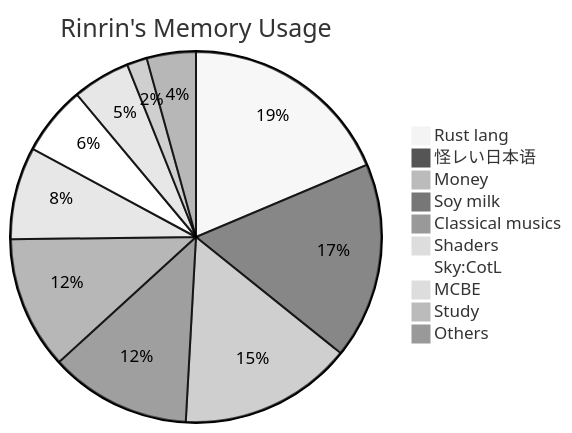
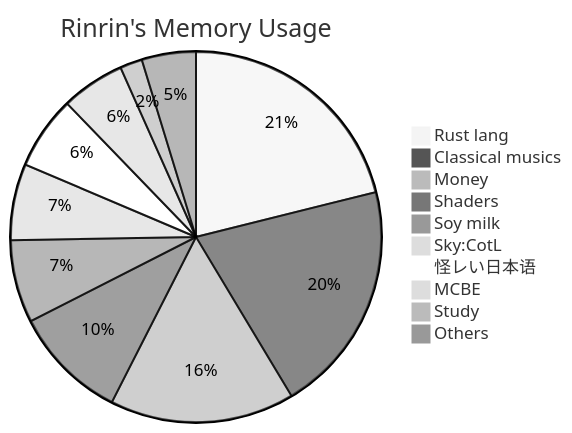
Before and after one commit to Rinrin0413/Rinrin0413: the diagram in README.md, drawn with Mermaid (neutral theme).

Commit message:
Update:memory usage

````diff
--- a/README.md
+++ b/README.md
@@ -56,13 +56,13 @@
 ```mermaid
 pie title Rinrin's Memory Usage
-    "Rust lang": 74
-    "怪レい日本语": 68
-    "Money": 60
-    "Soy milk": 49
-    "Classical musics": 46
-    "Shaders": 32
+    "Rust lang": 76
+    "Classical musics": 73
+    "Money": 58
+    "Shaders": 36
+    "Soy milk": 26
     "Sky:CotL": 24
+    "怪レい日本语": 23
     "MCBE": 20
     "Study": 7
     "Others": 17
 ```
````
